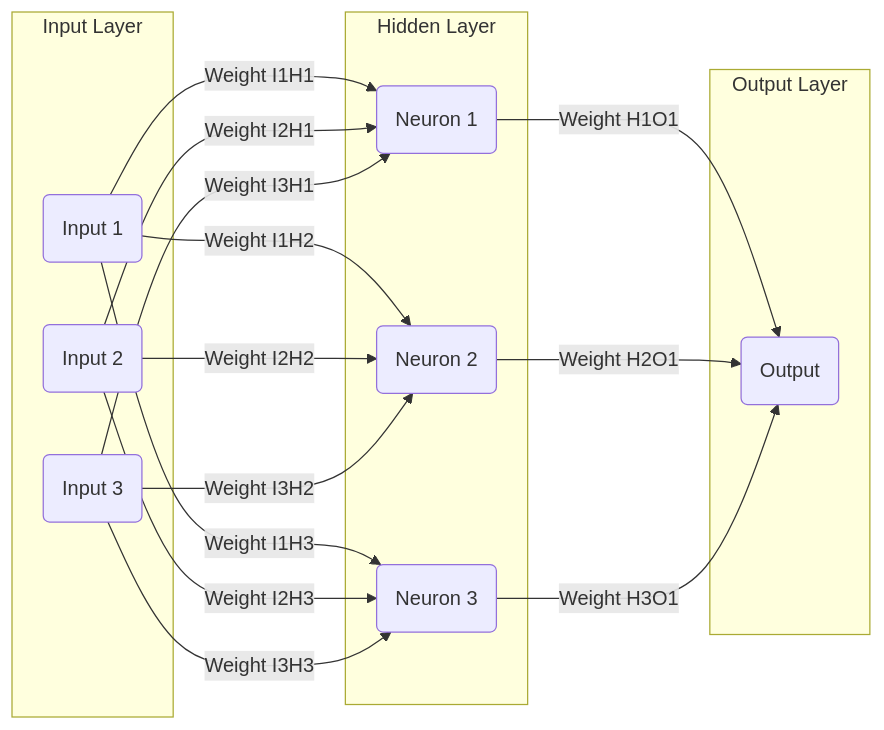
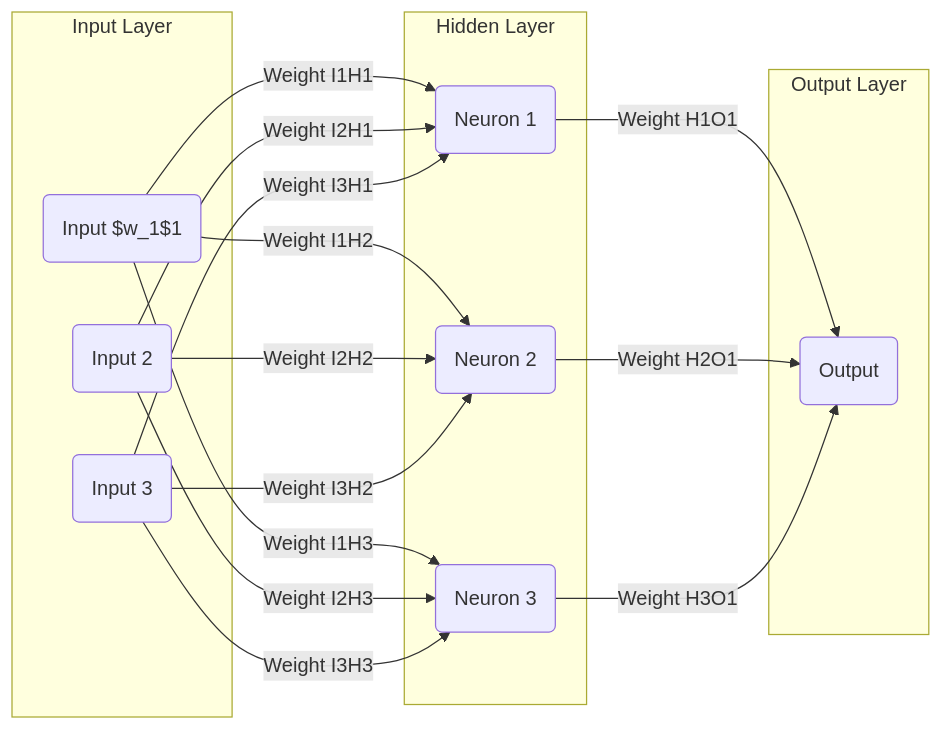
Before and after one commit to juan-esteban-berger/CUDA_Snake: the fourth of 4 diagrams in README.md, drawn with Mermaid. The commit also changed other lines of this file, not shown here.

````diff
--- a/README.md
+++ b/README.md
@@ -145,34 +145,34 @@
 ```mermaid
 graph LR
     subgraph Input Layer
-        I1(Input 1)
+        I1(Input $w_1$1)
         I2(Input 2)
         I3(Input 3)
     end
 
     subgraph Hidden Layer
         H1(Neuron 1)
         H2(Neuron 2)
         H3(Neuron 3)
     end
 
     subgraph Output Layer
         O1(Output)
     end
 
     I1 -->|Weight I1H1| H1
     I1 -->|Weight I1H2| H2
     I1 -->|Weight I1H3| H3
 
     I2 -->|Weight I2H1| H1
     I2 -->|Weight I2H2| H2
     I2 -->|Weight I2H3| H3
 
     I3 -->|Weight I3H1| H1
     I3 -->|Weight I3H2| H2
     I3 -->|Weight I3H3| H3
 
     H1 -->|Weight H1O1| O1
     H2 -->|Weight H2O1| O1
     H3 -->|Weight H3O1| O1
 ```
````
